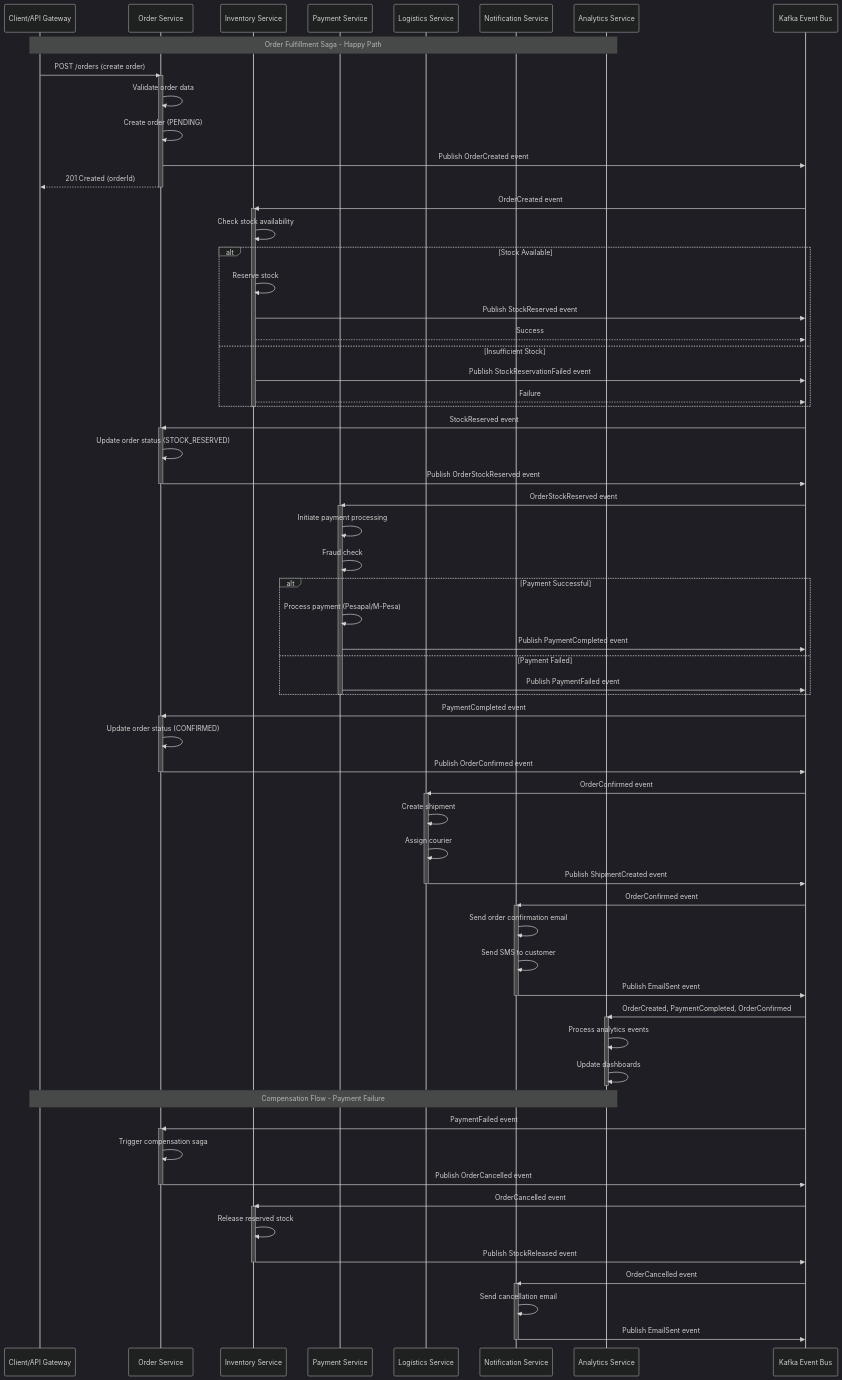
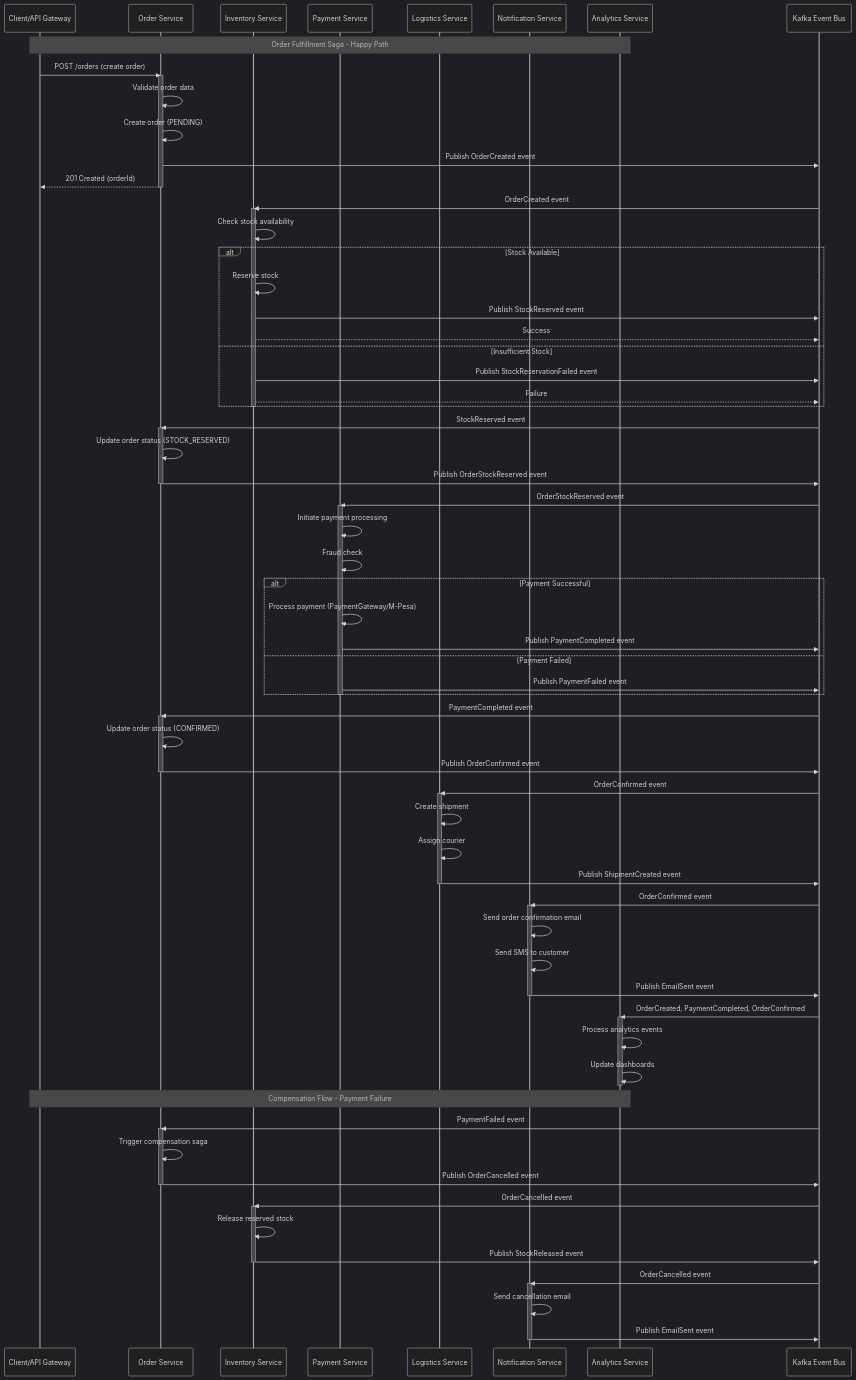
One commit to maysar-014/maysar-express-backend changed the diagram in docs/modeling/cross-service/order-fulfillment-flow.mmd. Above: the diagram before and after it, drawn with Mermaid (dark theme). The commit also changed 158 other files, not shown here.

```diff
--- a/docs/modeling/cross-service/order-fulfillment-flow.mmd
+++ b/docs/modeling/cross-service/order-fulfillment-flow.mmd
@@ -1,96 +1,96 @@
 sequenceDiagram
     participant CLIENT as Client/API Gateway
     participant ORDER as Order Service
     participant INVENTORY as Inventory Service
     participant PAYMENT as Payment Service
     participant LOGISTICS as Logistics Service
     participant NOTIFICATION as Notification Service
     participant ANALYTICS as Analytics Service
     participant KAFKA as Kafka Event Bus
 
     Note over CLIENT,ANALYTICS: Order Fulfillment Saga - Happy Path
 
     CLIENT->>ORDER: POST /orders (create order)
     activate ORDER
     ORDER->>ORDER: Validate order data
     ORDER->>ORDER: Create order (PENDING)
     ORDER->>KAFKA: Publish OrderCreated event
     ORDER-->>CLIENT: 201 Created (orderId)
     deactivate ORDER
 
     KAFKA->>INVENTORY: OrderCreated event
     activate INVENTORY
     INVENTORY->>INVENTORY: Check stock availability
     alt Stock Available
         INVENTORY->>INVENTORY: Reserve stock
         INVENTORY->>KAFKA: Publish StockReserved event
         INVENTORY-->>KAFKA: Success
     else Insufficient Stock
         INVENTORY->>KAFKA: Publish StockReservationFailed event
         INVENTORY-->>KAFKA: Failure
     end
     deactivate INVENTORY
 
     KAFKA->>ORDER: StockReserved event
     activate ORDER
     ORDER->>ORDER: Update order status (STOCK_RESERVED)
     ORDER->>KAFKA: Publish OrderStockReserved event
     deactivate ORDER
 
     KAFKA->>PAYMENT: OrderStockReserved event
     activate PAYMENT
     PAYMENT->>PAYMENT: Initiate payment processing
     PAYMENT->>PAYMENT: Fraud check
     alt Payment Successful
-        PAYMENT->>PAYMENT: Process payment (Pesapal/M-Pesa)
+        PAYMENT->>PAYMENT: Process payment (PaymentGateway/M-Pesa)
         PAYMENT->>KAFKA: Publish PaymentCompleted event
     else Payment Failed
         PAYMENT->>KAFKA: Publish PaymentFailed event
     end
     deactivate PAYMENT
 
     KAFKA->>ORDER: PaymentCompleted event
     activate ORDER
     ORDER->>ORDER: Update order status (CONFIRMED)
     ORDER->>KAFKA: Publish OrderConfirmed event
     deactivate ORDER
 
     KAFKA->>LOGISTICS: OrderConfirmed event
     activate LOGISTICS
     LOGISTICS->>LOGISTICS: Create shipment
     LOGISTICS->>LOGISTICS: Assign courier
     LOGISTICS->>KAFKA: Publish ShipmentCreated event
     deactivate LOGISTICS
 
     KAFKA->>NOTIFICATION: OrderConfirmed event
     activate NOTIFICATION
     NOTIFICATION->>NOTIFICATION: Send order confirmation email
     NOTIFICATION->>NOTIFICATION: Send SMS to customer
     NOTIFICATION->>KAFKA: Publish EmailSent event
     deactivate NOTIFICATION
 
     KAFKA->>ANALYTICS: OrderCreated, PaymentCompleted, OrderConfirmed
     activate ANALYTICS
     ANALYTICS->>ANALYTICS: Process analytics events
     ANALYTICS->>ANALYTICS: Update dashboards
     deactivate ANALYTICS
 
     Note over CLIENT,ANALYTICS: Compensation Flow - Payment Failure
 
     KAFKA->>ORDER: PaymentFailed event
     activate ORDER
     ORDER->>ORDER: Trigger compensation saga
     ORDER->>KAFKA: Publish OrderCancelled event
     deactivate ORDER
 
     KAFKA->>INVENTORY: OrderCancelled event
     activate INVENTORY
     INVENTORY->>INVENTORY: Release reserved stock
     INVENTORY->>KAFKA: Publish StockReleased event
     deactivate INVENTORY
 
     KAFKA->>NOTIFICATION: OrderCancelled event
     activate NOTIFICATION
     NOTIFICATION->>NOTIFICATION: Send cancellation email
     NOTIFICATION->>KAFKA: Publish EmailSent event
     deactivate NOTIFICATION
```
